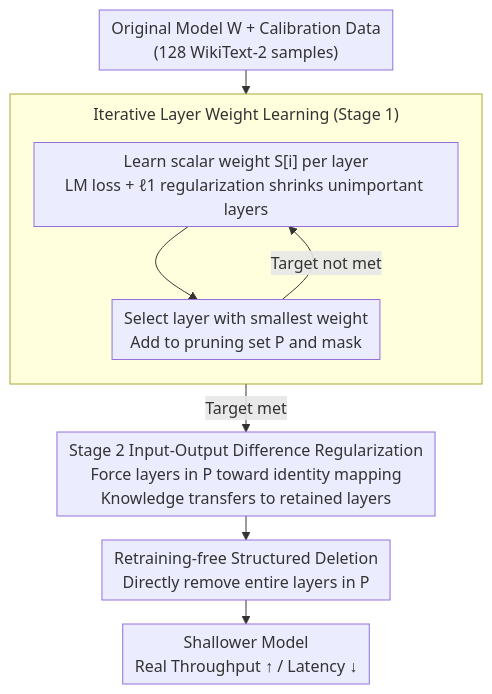
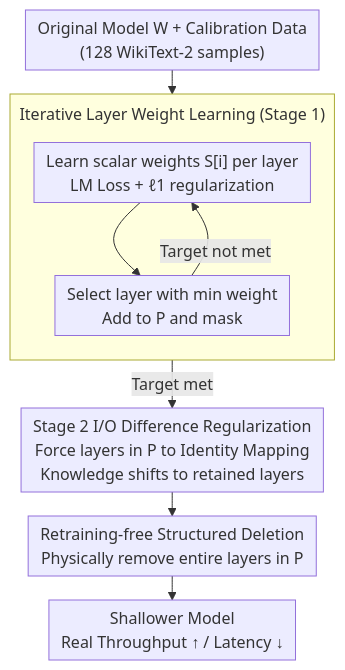
Before and after one commit to zhaoyang97/Paper-Notes-en: the diagram in docs/ACL2026/model_compression/two-stage_regularization-based_structured_pruning_for_llms.md, drawn with Mermaid. The commit also changed other lines of this file and 5084 other files, not shown here.

````diff
--- a/docs/ACL2026/model_compression/two-stage_regularization-based_structured_pruning_for_llms.md
+++ b/docs/ACL2026/model_compression/two-stage_regularization-based_structured_pruning_for_llms.md
@@ -42,13 +42,13 @@
 ```mermaid
 %%{init: {'flowchart': {'rankSpacing': 24, 'nodeSpacing': 28, 'padding': 6, 'wrappingWidth': 400, 'subGraphTitleMargin': {'top': 8, 'bottom': 16}}}}%%
 flowchart TD
     A["Original Model W + Calibration Data<br/>(128 WikiText-2 samples)"] --> S1
     subgraph S1["Iterative Layer Weight Learning (Stage 1)"]
         direction TB
-        B["Learn scalar weight S[i] per layer<br/>LM loss + ℓ1 regularization shrinks unimportant layers"] --> C["Select layer with smallest weight<br/>Add to pruning set P and mask"]
+        B["Learn scalar weights S[i] per layer<br/>LM Loss + ℓ1 regularization"] --> C["Select layer with min weight<br/>Add to P and mask"]
         C -->|Target not met| B
     end
-    S1 -->|Target met| D["Stage 2 Input-Output Difference Regularization<br/>Force layers in P toward identity mapping<br/>Knowledge transfers to retained layers"]
-    D --> E["Retraining-free Structured Deletion<br/>Directly remove entire layers in P"]
+    S1 -->|Target met| D["Stage 2 I/O Difference Regularization<br/>Force layers in P to Identity Mapping<br/>Knowledge shifts to retained layers"]
+    D --> E["Retraining-free Structured Deletion<br/>Physically remove entire layers in P"]
     E --> F["Shallower Model<br/>Real Throughput ↑ / Latency ↓"]
 ```
````
